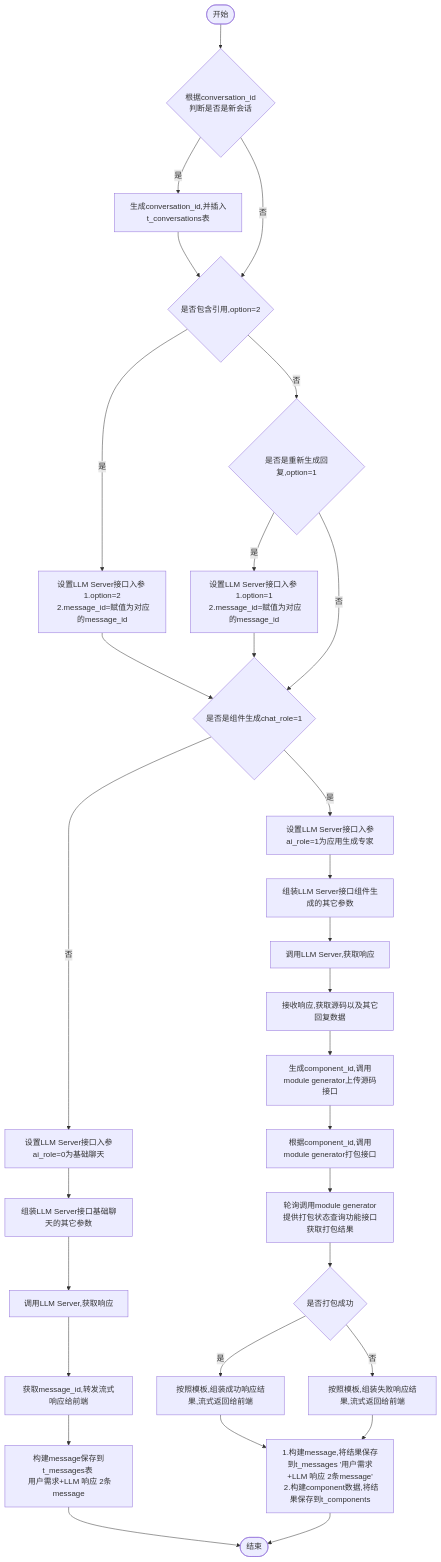
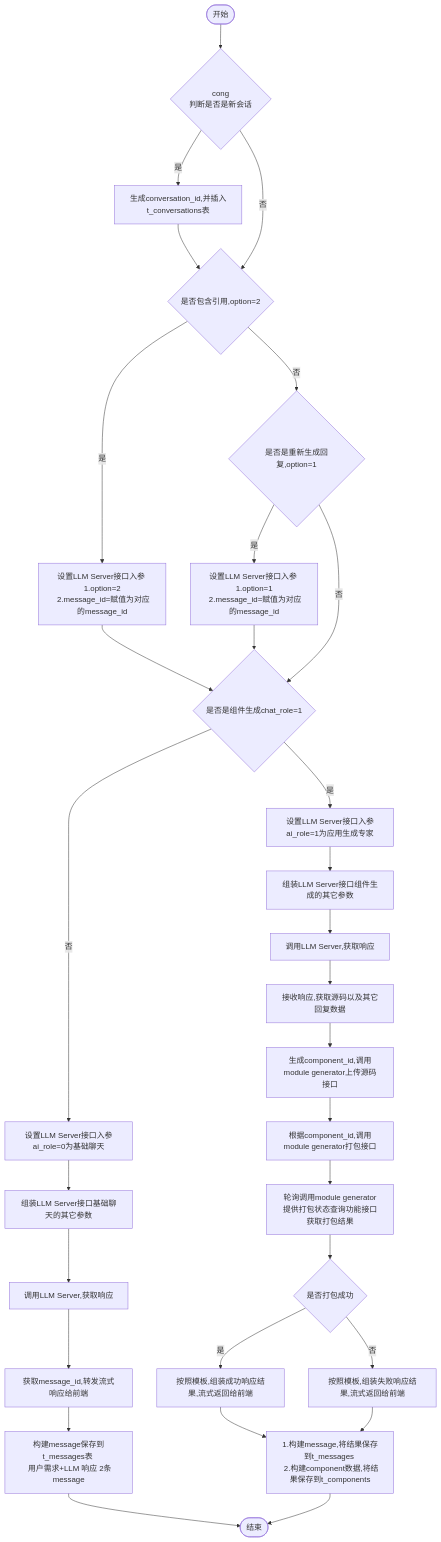
The diagram in all/w3-会话-不需要传递message.md (yingjianzh/iodraw-files), drawn with Mermaid before and after one commit.

Commit message:
2024-10-15 14:00:13 update

````diff
--- a/all/w3-会话-不需要传递message.md
+++ b/all/w3-会话-不需要传递message.md
@@ -1,36 +1,36 @@
 ```mermaid
 flowchart TD
-    A([开始]) --> B{根据conversation_id \n 判断是否是新会话}
+    A([开始]) --> B{cong  \n 判断是否是新会话}
     B -- 是 --> C[生成conversation_id,并插入t_conversations表]
     C --> D
     B -- 否 --> D{是否包含引用,option=2}
     D -- 是 --> E[设置LLM Server接口入参 \n 1.option=2 \n 2.message_id=赋值为对应的message_id]
     D -- 否 --> F{是否是重新生成回复,option=1}
     F -- 是 --> G[设置LLM Server接口入参 \n 1.option=1 \n 2.message_id=赋值为对应的message_id]
     F -- 否 --> I
      
     E & G --> I{是否是组件生成chat_role=1}
     I -- 否 --> K[设置LLM Server接口入参ai_role=0为基础聊天]
     I -- 是 --> J[设置LLM Server接口入参ai_role=1为应用生成专家]
     
 
     J --> L[组装LLM Server接口组件生成的其它参数]    
     K --> M[组装LLM Server接口基础聊天的其它参数]    
     M --> N[调用LLM Server,获取响应]    
     N --> O[获取message_id,转发流式响应给前端]
     O --> P[构建message保存到t_messages表 \n 用户需求+LLM 响应 2条message]
     P --> R([结束])
 
 
     L --> S[调用LLM Server,获取响应]
     S --> T[接收响应,获取源码以及其它回复数据]
     T --> U[生成component_id,调用module generator上传源码接口]
     U --> V[根据component_id,调用module generator打包接口]
     V --> W[轮询调用module generator提供打包状态查询功能接口获取打包结果]
     W --> X{是否打包成功}
     X -- 是 --> Y[按照模板,组装成功响应结果,流式返回给前端]
     X -- 否 --> Z[按照模板,组装失败响应结果,流式返回给前端]
 
-    Y & Z --> Result[1.构建message,将结果保存到t_messages '用户需求+LLM 响应 2条message'\n 2.构建component数据,将结果保存到t_components]
+    Y & Z --> Result[1.构建message,将结果保存到t_messages \n 2.构建component数据,将结果保存到t_components]
     Result --> R
 ```
````
